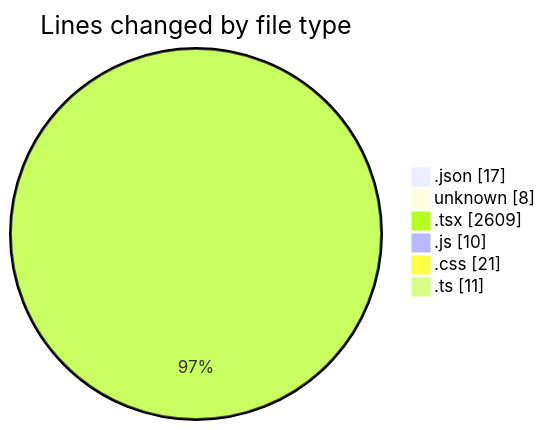
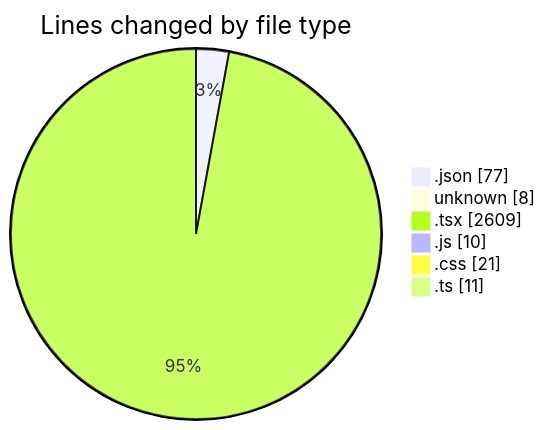
One commit to Elitesun/code-tracking changed the first of 2 diagrams in 2025-05-02/niten/README.md. Above: the diagram before and after it, drawn with Mermaid. The commit also changed other lines of this file and 1 other file, not shown here.

````diff
--- a/2025-05-02/niten/README.md
+++ b/2025-05-02/niten/README.md
@@ -38,10 +39,10 @@
 ```mermaid
 pie showData
 title Lines changed by file type
-".json" : 17
+".json" : 77
 "unknown" : 8
 ".tsx" : 2609
 ".js" : 10
 ".css" : 21
 ".ts" : 11
 ```
````
